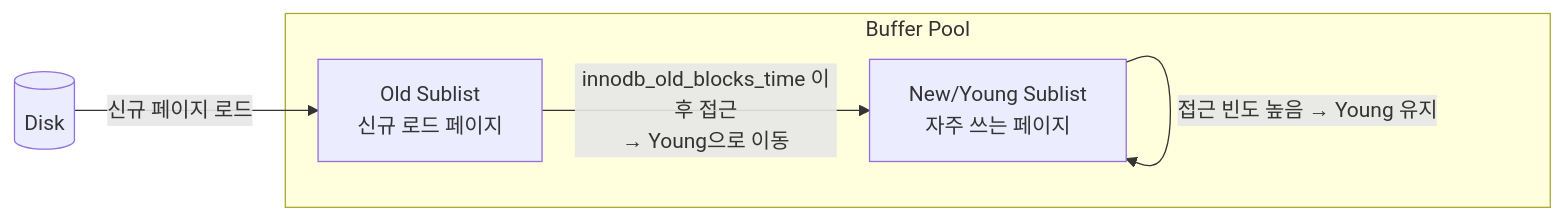
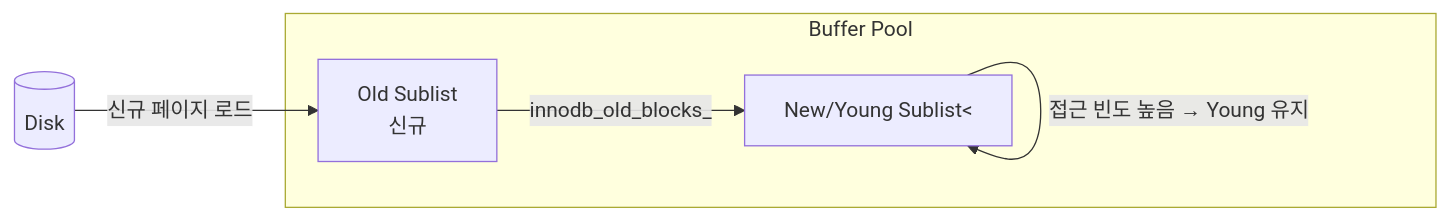
One commit to yjkim2015/yjkim2015.github.io changed the sixth of 10 diagrams in _posts/db/2026-05-01-db-internals.md. Above: the diagram before and after it, drawn with Mermaid. The commit also changed other lines of this file and 271 other files, not shown here.

First line of the commit message:
Mermaid 라벨 축소: 긴 노드 텍스트 18자 이하로 트림 + \n 제거

````diff
--- a/_posts/db/2026-05-01-db-internals.md
+++ b/_posts/db/2026-05-01-db-internals.md
@@ -242,10 +242,10 @@
 ```mermaid
 graph LR
     subgraph "Buffer Pool"
-        NY["New/Young Sublist<br>자주 쓰는 페이지"]
-        OLD["Old Sublist<br>신규 로드 페이지"]
-        OLD -->|"innodb_old_blocks_time 이후 접근<br>→ Young으로 이동"| NY
+        NY["New/Young Sublist<"]
+        OLD["Old Sublist<br>신규"]
+        OLD -->|"innodb_old_blocks_"| NY
     end
     DISK[(Disk)] -->|신규 페이지 로드| OLD
     NY -->|접근 빈도 높음 → Young 유지| NY
 ```
````
